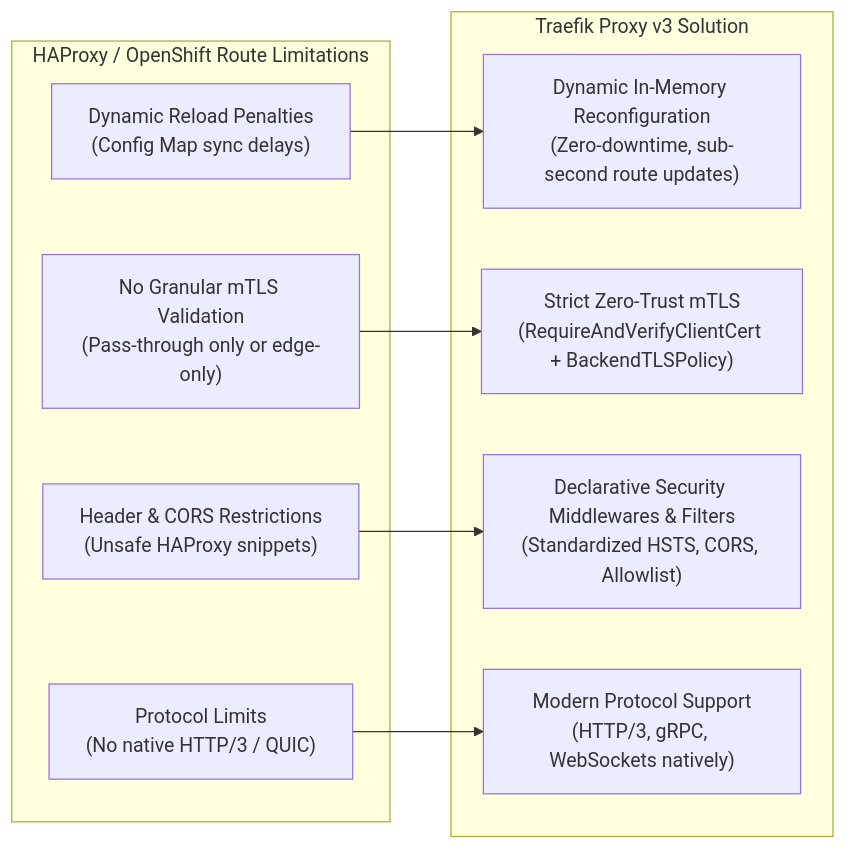
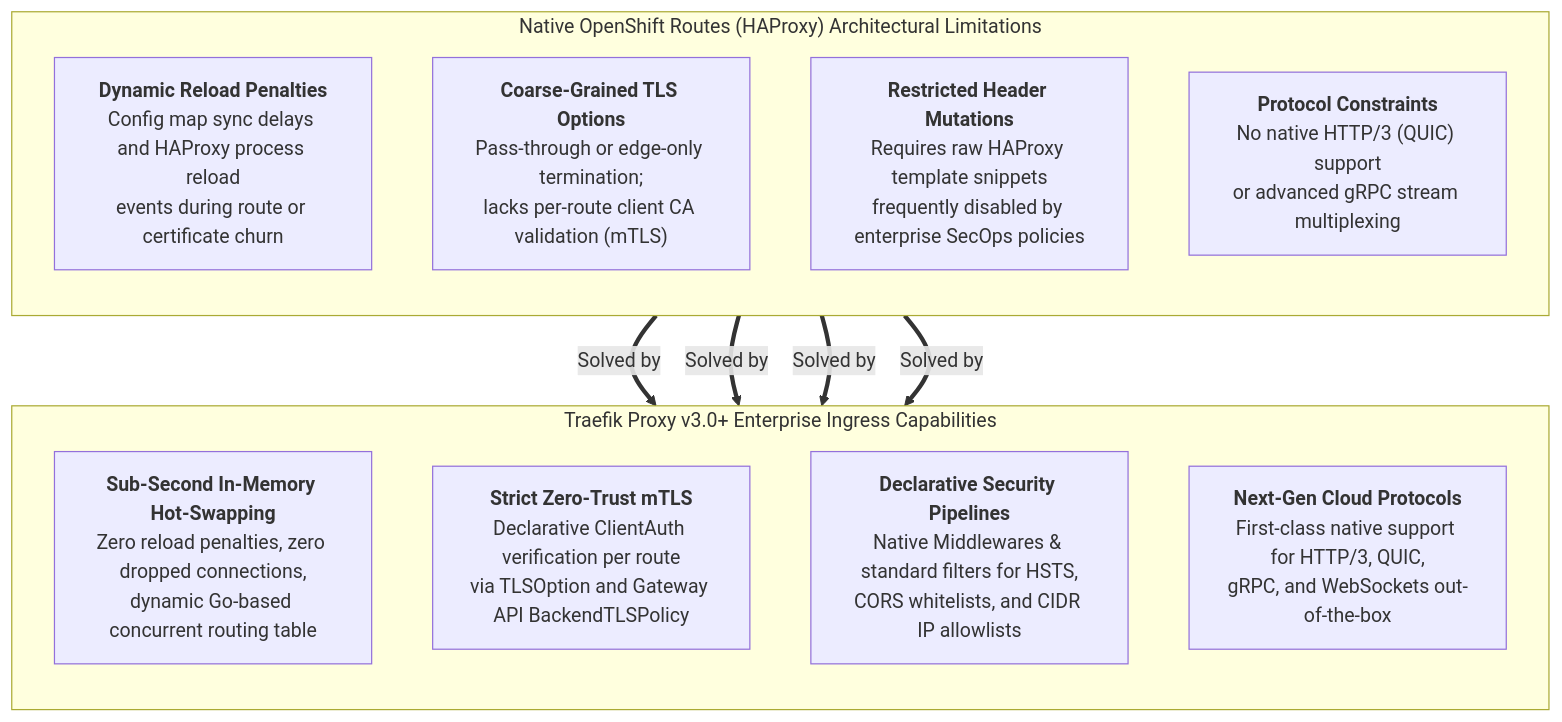
The second of 2 diagrams in COMPARATIVE_MATRIX.md (nubenetes/traefik-fqdn-management-poc-openshift-aws), drawn with Mermaid before and after one commit. The commit also changed other lines of this file and 1 other file, not shown here.

Commit message:
fix(mermaid): resolve text truncation and clipping in Mermaid diagrams across markdown docs

````diff
--- a/COMPARATIVE_MATRIX.md
+++ b/COMPARATIVE_MATRIX.md
@@ -81,21 +81,23 @@
 ```mermaid
-graph LR
-    subgraph "HAProxy / OpenShift Route Limitations"
-        A["Dynamic Reload Penalties<br>(Config Map sync delays)"]
-        B["No Granular mTLS Validation<br>(Pass-through only or edge-only)"]
-        C["Header & CORS Restrictions<br>(Unsafe HAProxy snippets)"]
-        D["Protocol Limits<br>(No native HTTP/3 / QUIC)"]
+flowchart TD
+    subgraph OpenShift_Limits ["Native OpenShift Routes (HAProxy) Architectural Limitations"]
+        direction TB
+        L1["<b>Dynamic Reload Penalties</b><br/>Config map sync delays and HAProxy process reload<br/>events during route or certificate churn"]
+        L2["<b>Coarse-Grained TLS Options</b><br/>Pass-through or edge-only termination;<br/>lacks per-route client CA validation (mTLS)"]
+        L3["<b>Restricted Header Mutations</b><br/>Requires raw HAProxy template snippets<br/>frequently disabled by enterprise SecOps policies"]
+        L4["<b>Protocol Constraints</b><br/>No native HTTP/3 (QUIC) support<br/>or advanced gRPC stream multiplexing"]
     end
-    
-    subgraph "Traefik Proxy v3 Solution"
-        T1["Dynamic In-Memory Reconfiguration<br>(Zero-downtime, sub-second route updates)"]
-        T2["Strict Zero-Trust mTLS<br>(RequireAndVerifyClientCert + BackendTLSPolicy)"]
-        T3["Declarative Security Middlewares & Filters<br>(Standardized HSTS, CORS, Allowlist)"]
-        T4["Modern Protocol Support<br>(HTTP/3, gRPC, WebSockets natively)"]
+
+    subgraph Traefik_Solutions ["Traefik Proxy v3.0+ Enterprise Ingress Capabilities"]
+        direction TB
+        S1["<b>Sub-Second In-Memory Hot-Swapping</b><br/>Zero reload penalties, zero dropped connections,<br/>dynamic Go-based concurrent routing table"]
+        S2["<b>Strict Zero-Trust mTLS</b><br/>Declarative ClientAuth verification per route<br/>via TLSOption and Gateway API BackendTLSPolicy"]
+        S3["<b>Declarative Security Pipelines</b><br/>Native Middlewares & standard filters for HSTS,<br/>CORS whitelists, and CIDR IP allowlists"]
+        S4["<b>Next-Gen Cloud Protocols</b><br/>First-class native support for HTTP/3, QUIC,<br/>gRPC, and WebSockets out-of-the-box"]
     end
-    
-    A --> T1
-    B --> T2
-    C --> T3
-    D --> T4
+
+    L1 ==>|"Solved by"| S1
+    L2 ==>|"Solved by"| S2
+    L3 ==>|"Solved by"| S3
+    L4 ==>|"Solved by"| S4
 ```
````
